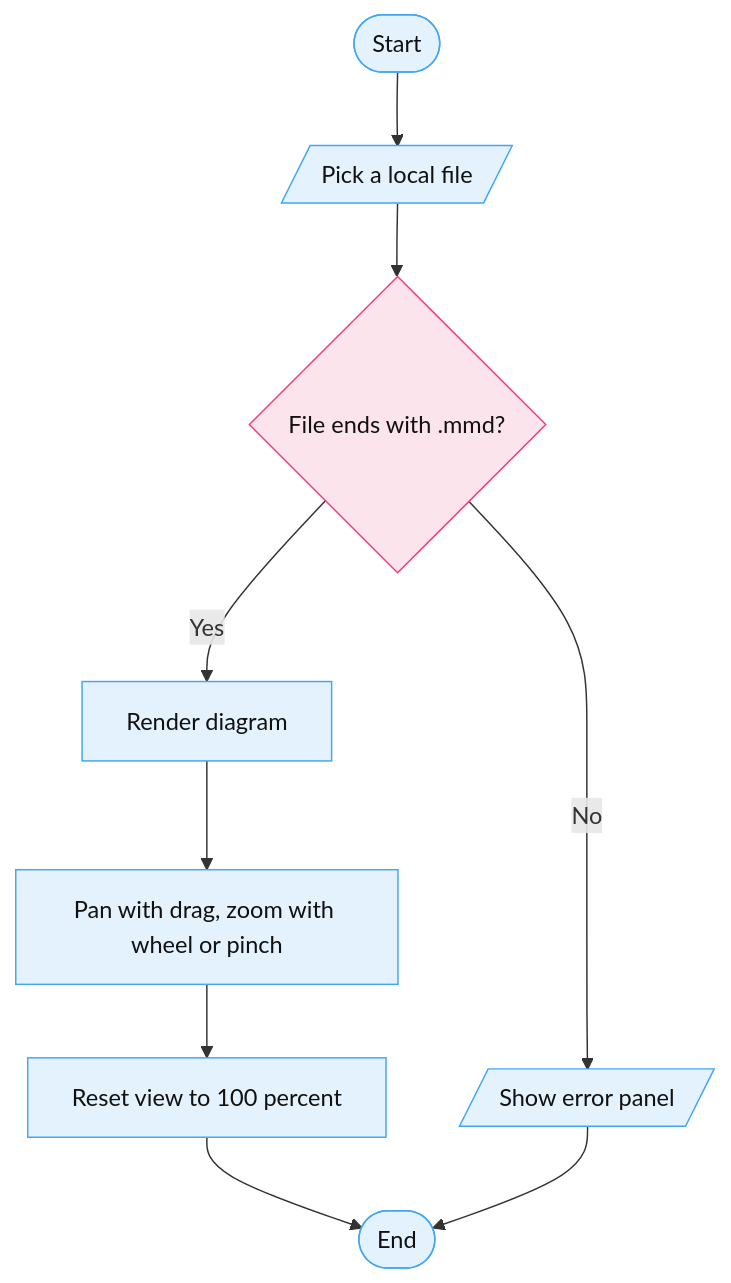
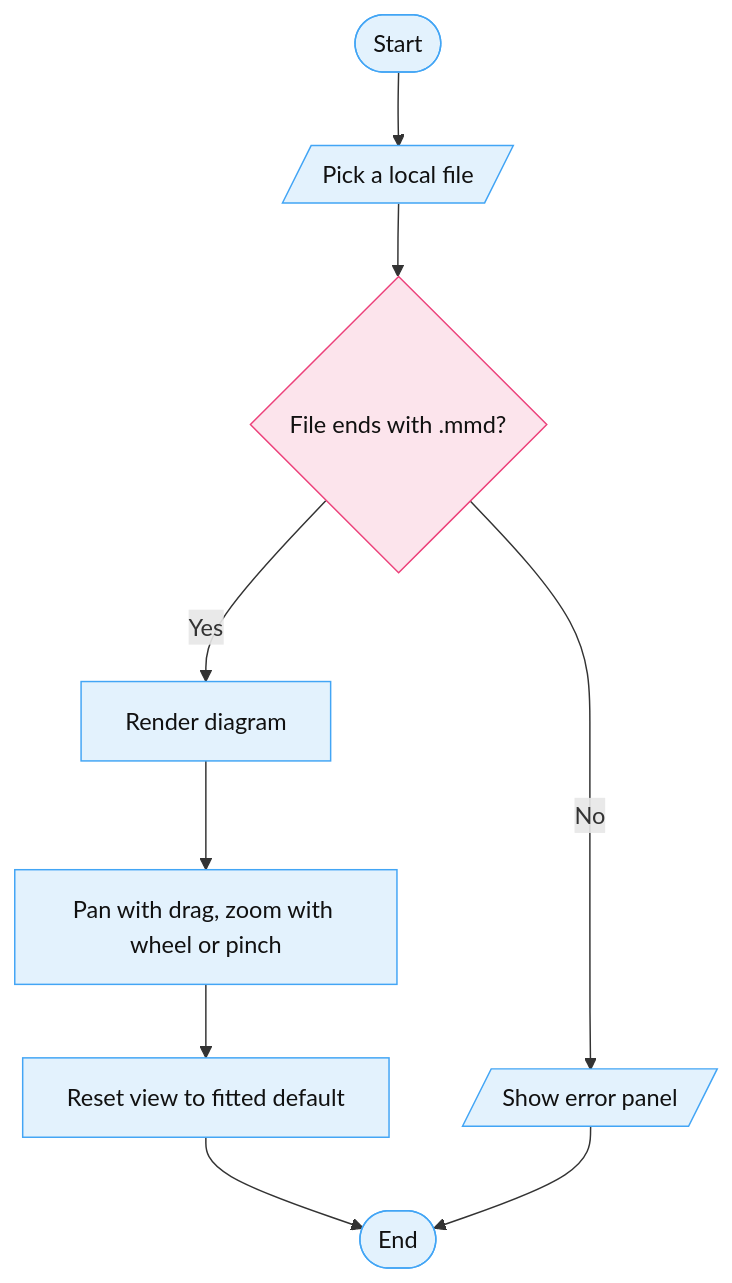
One commit to SANIUL-blackdragon/VECTOR changed the diagram in README.md. Above: the diagram before and after it, drawn with Mermaid. The commit also changed other lines of this file and 2 other files, not shown here.

First line of the commit message:
fix(viewer): default to fit-width so text reads on every size

````diff
--- a/README.md
+++ b/README.md
@@ -24,22 +24,22 @@
 ```mermaid
 flowchart TD
   S([Start])
   A[/Pick a local file/]
   D{File ends with .mmd?}
   R[Render diagram]
   N[/Show error panel/]
   P[Pan with drag, zoom with wheel or pinch]
-  V[Reset view to 100 percent]
+  V[Reset view to fitted default]
   E([End])
   S --> A
   A --> D
   D -->|Yes| R
   D -->|No| N
   R --> P
   P --> V
   V --> E
   N --> E
   classDef soft fill:#E3F2FD,stroke:#42A5F5,color:#111111
   class S,A,R,N,P,V,E soft
   style D fill:#FCE4EC,stroke:#EC407A,color:#111111
 ```
````
